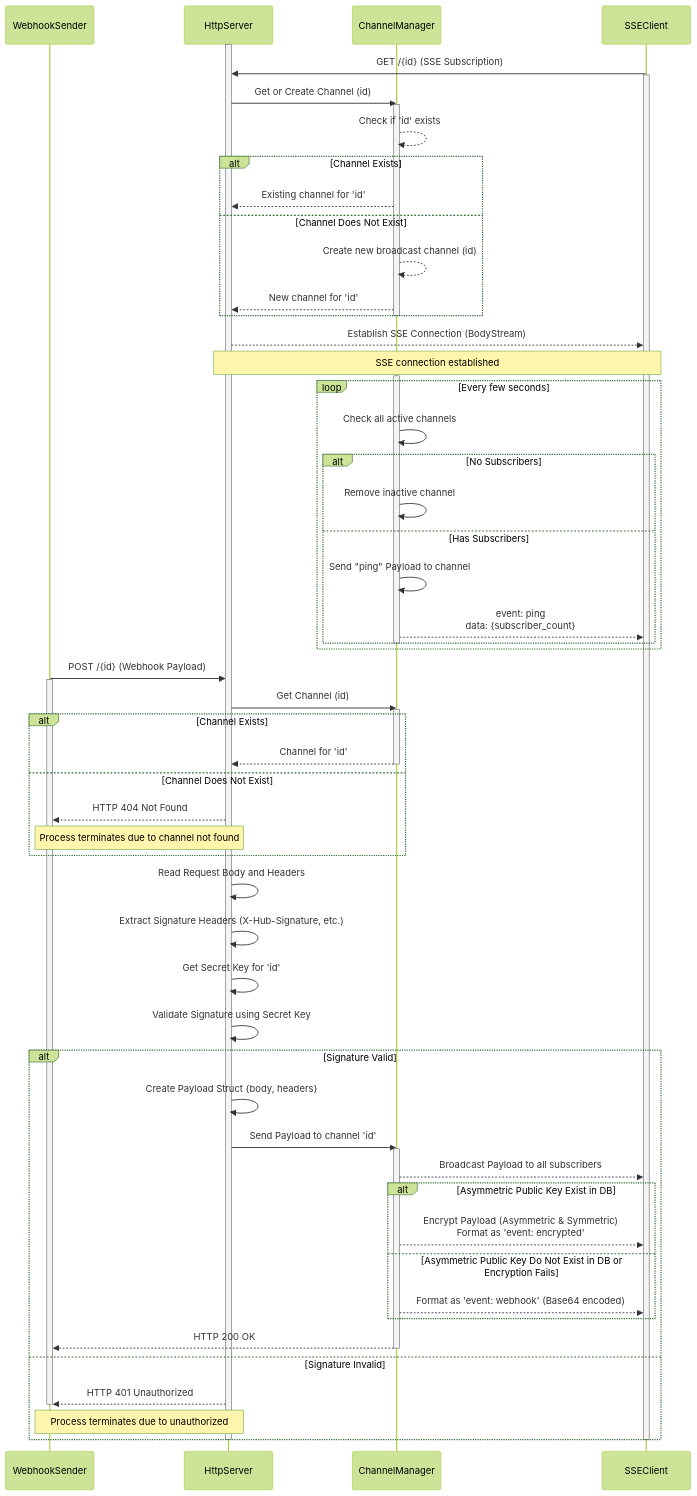
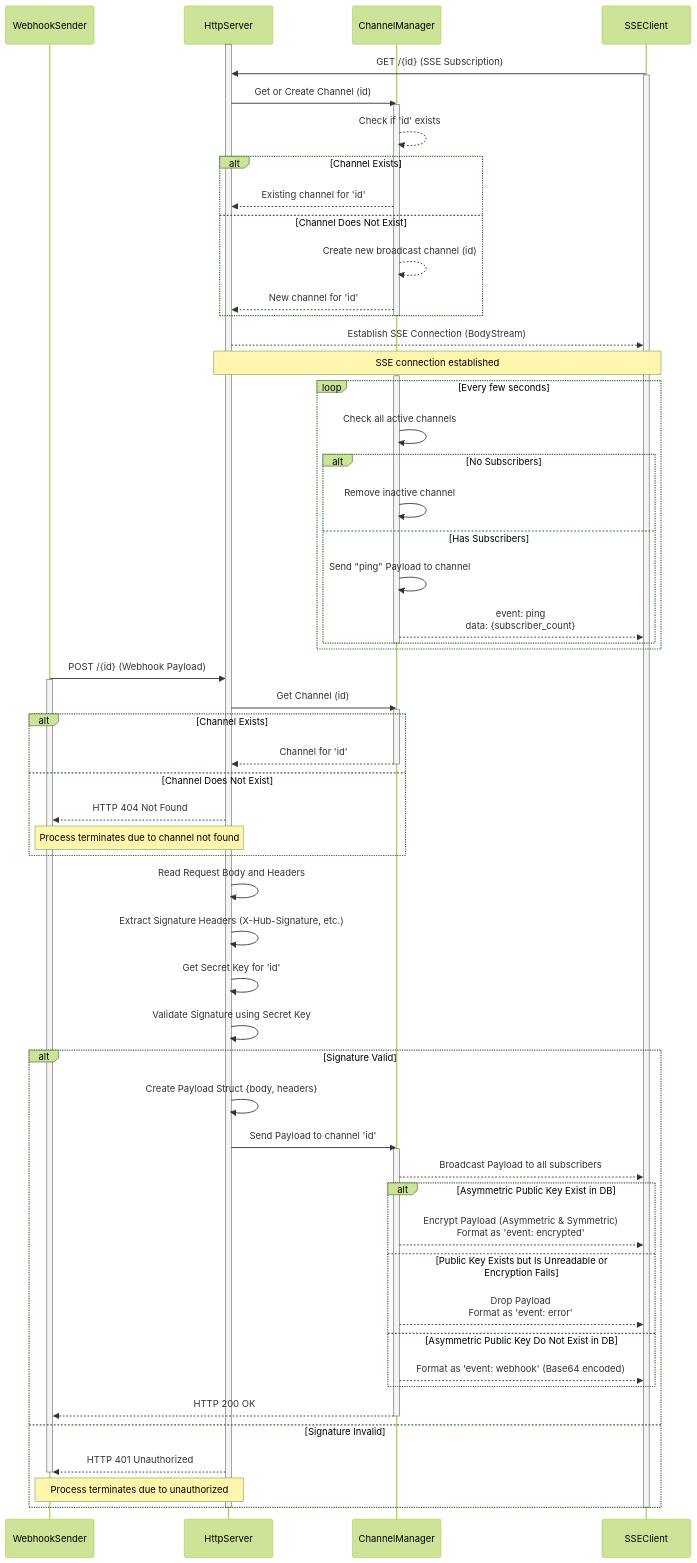
Before and after one commit to fourdollars/webhook-relay: the diagram in README.md, drawn with Mermaid (forest theme). The commit also changed other lines of this file and 1 other file, not shown here.

````diff
--- a/README.md
+++ b/README.md
@@ -9,72 +9,74 @@
 ```mermaid
 sequenceDiagram
     participant WebhookSender
     participant HttpServer
     participant ChannelManager
     participant SSEClient
     activate HttpServer
 
     SSEClient->>HttpServer: GET /{id} (SSE Subscription)
     activate SSEClient
     HttpServer->>ChannelManager: Get or Create Channel (id)
     activate ChannelManager
     ChannelManager-->>ChannelManager: Check if 'id' exists
     alt Channel Exists
         ChannelManager-->>HttpServer: Existing channel for 'id'
     else Channel Does Not Exist
         ChannelManager-->>ChannelManager: Create new broadcast channel (id)
         ChannelManager-->>HttpServer: New channel for 'id'
     end
     deactivate ChannelManager
     HttpServer-->>SSEClient: Establish SSE Connection (BodyStream)
     
     Note over HttpServer, SSEClient: SSE connection established
 
     activate ChannelManager
     loop Every few seconds        
         ChannelManager->>ChannelManager: Check all active channels
         alt No Subscribers
             ChannelManager->>ChannelManager: Remove inactive channel
         else Has Subscribers
             ChannelManager->>ChannelManager: Send "ping" Payload to channel
             ChannelManager-->>SSEClient: event: ping<br>data: {subscriber_count}
         end
         deactivate ChannelManager
     end
 
     WebhookSender->>HttpServer: POST /{id} (Webhook Payload)
     activate WebhookSender
     HttpServer->>ChannelManager: Get Channel (id)
     activate ChannelManager
     alt Channel Exists
         ChannelManager-->>HttpServer: Channel for 'id'
         deactivate ChannelManager
     else Channel Does Not Exist
         HttpServer-->>WebhookSender: HTTP 404 Not Found
         Note over HttpServer, WebhookSender: Process terminates due to channel not found
     end
 
     HttpServer->>HttpServer: Read Request Body and Headers
     HttpServer->>HttpServer: Extract Signature Headers (X-Hub-Signature, etc.)
     HttpServer->>HttpServer: Get Secret Key for 'id'
     HttpServer->>HttpServer: Validate Signature using Secret Key
     alt Signature Valid
         HttpServer->>HttpServer: Create Payload Struct {body, headers}
         HttpServer->>ChannelManager: Send Payload to channel 'id'
         activate ChannelManager
         ChannelManager-->>SSEClient: Broadcast Payload to all subscribers
         alt Asymmetric Public Key Exist in DB
             ChannelManager-->>SSEClient: Encrypt Payload (Asymmetric & Symmetric)<br>Format as 'event: encrypted'
-        else Asymmetric Public Key Do Not Exist in DB or Encryption Fails
+        else Public Key Exists but Is Unreadable or Encryption Fails
+            ChannelManager-->>SSEClient: Drop Payload<br>Format as 'event: error'
+        else Asymmetric Public Key Do Not Exist in DB
             ChannelManager-->>SSEClient: Format as 'event: webhook' (Base64 encoded)
         end
         ChannelManager-->>WebhookSender: HTTP 200 OK
         deactivate ChannelManager
     else Signature Invalid
         HttpServer-->>WebhookSender: HTTP 401 Unauthorized
         deactivate WebhookSender
         Note over HttpServer, WebhookSender: Process terminates due to unauthorized
     end
     deactivate HttpServer
     deactivate SSEClient
 ```
````
